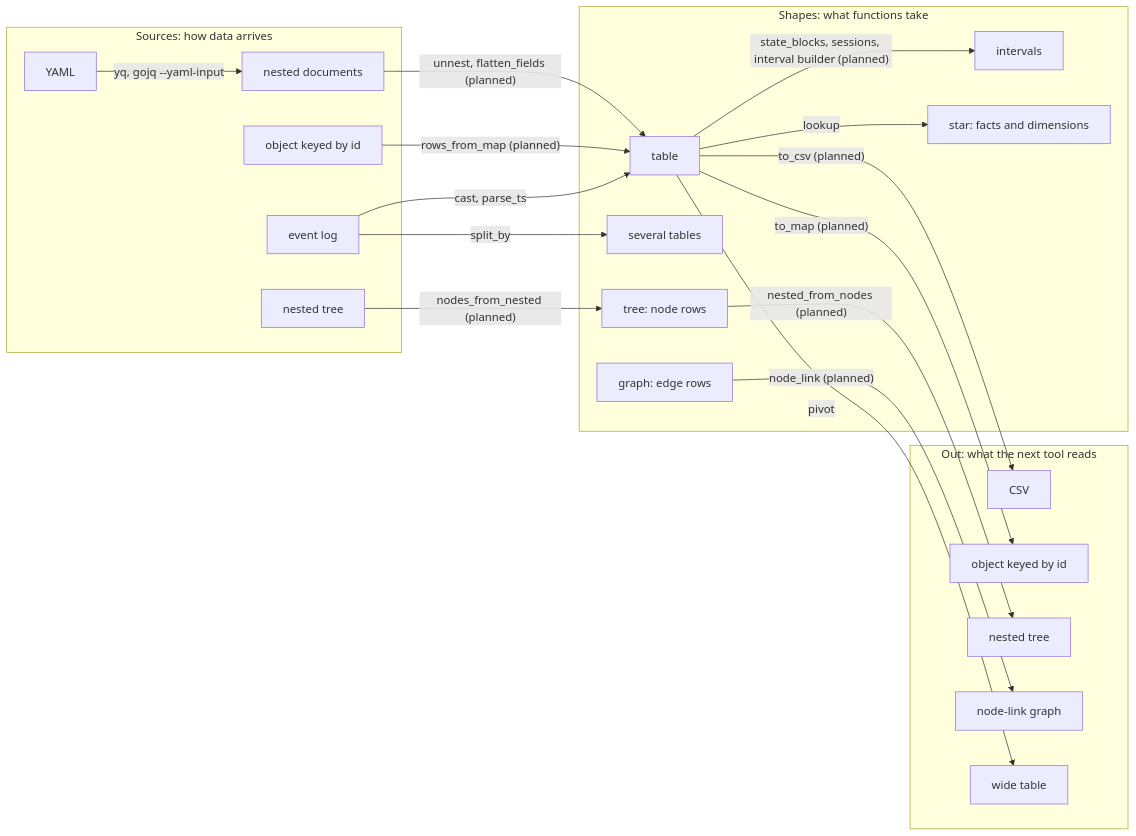
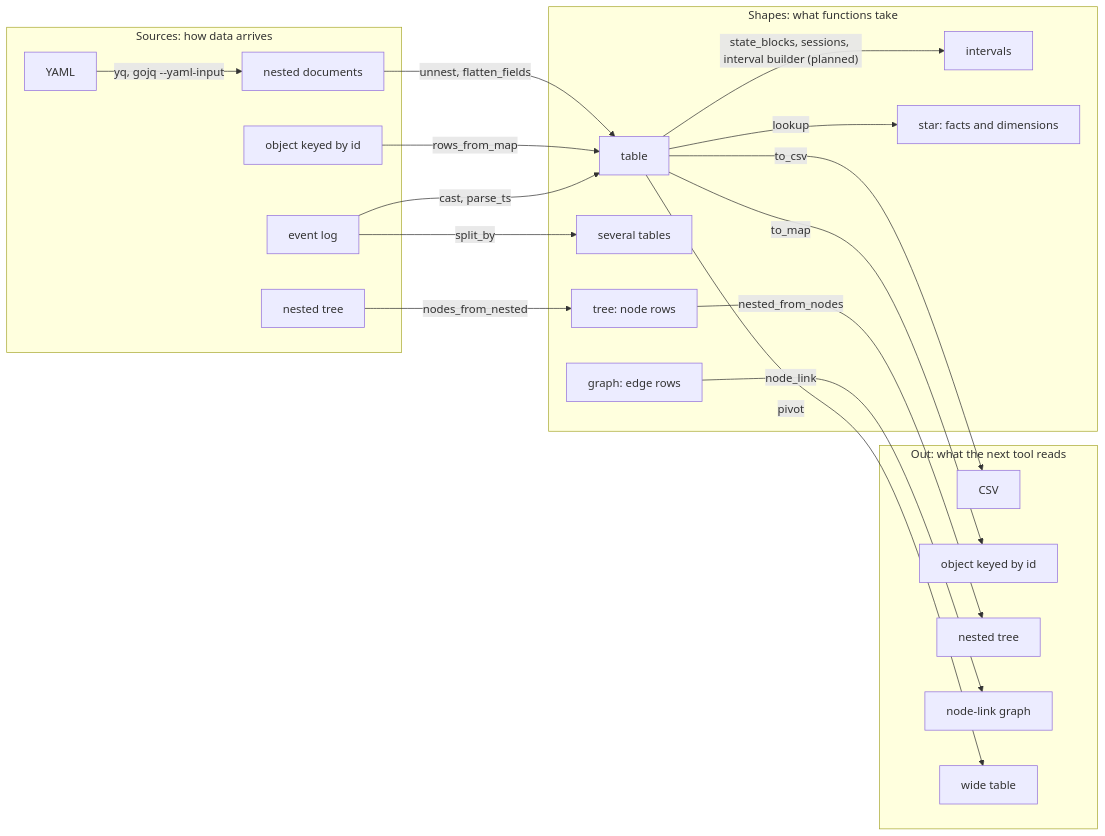
One commit to kundeng/jq-analytics changed the diagram in docs/design/05-shapes.md. Above: the diagram before and after it, drawn with Mermaid. The commit also changed other lines of this file and 27 other files, not shown here.

````diff
--- a/docs/design/05-shapes.md
+++ b/docs/design/05-shapes.md
@@ -11,38 +11,38 @@
 ```mermaid
 flowchart LR
   subgraph sources [Sources: how data arrives]
     N[nested documents]
     K[object keyed by id]
     E[event log]
     Y[YAML]
     X[nested tree]
   end
   subgraph shapes [Shapes: what functions take]
     T[table]
     S[several tables]
     I[intervals]
     TR[tree: node rows]
     G[graph: edge rows]
     ST[star: facts and dimensions]
   end
   subgraph out [Out: what the next tool reads]
     CSV[CSV]
     MAP[object keyed by id]
     NT[nested tree]
     NL[node-link graph]
     W[wide table]
   end
   Y -- "yq, gojq --yaml-input" --> N
-  N -- "unnest, flatten_fields (planned)" --> T
-  K -- "rows_from_map (planned)" --> T
-  X -- "nodes_from_nested (planned)" --> TR
+  N -- "unnest, flatten_fields" --> T
+  K -- "rows_from_map" --> T
+  X -- "nodes_from_nested" --> TR
   E -- "cast, parse_ts" --> T
   E -- "split_by" --> S
   T -- "state_blocks, sessions, interval builder (planned)" --> I
   T -- "lookup" --> ST
-  T -- "to_csv (planned)" --> CSV
-  T -- "to_map (planned)" --> MAP
+  T -- "to_csv" --> CSV
+  T -- "to_map" --> MAP
   T -- "pivot" --> W
-  TR -- "nested_from_nodes (planned)" --> NT
-  G -- "node_link (planned)" --> NL
+  TR -- "nested_from_nodes" --> NT
+  G -- "node_link" --> NL
 ```
````
